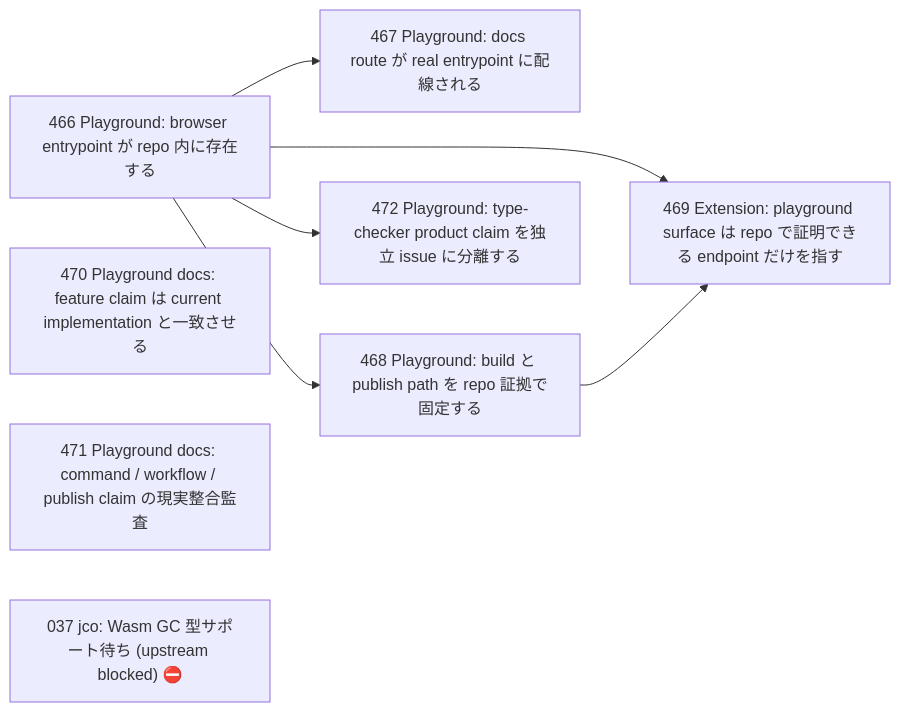
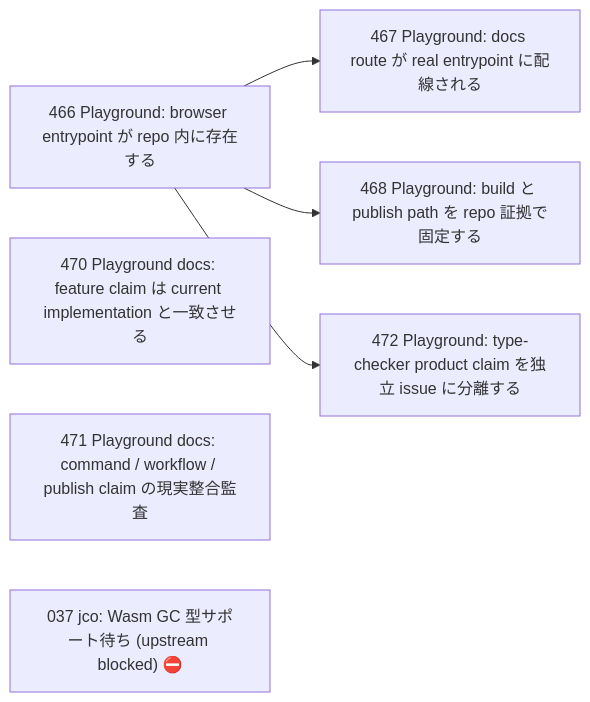
One commit to wogikaze/arukellt changed the diagram in issues/open/dependency-graph.md. Above: the diagram before and after it, drawn with Mermaid. The commit also changed other lines of this file and 2 other files, not shown here.

First line of the commit message:
orchestrator: close #469 — extension playground surface repo-proved

````diff
--- a/issues/open/dependency-graph.md
+++ b/issues/open/dependency-graph.md
@@ -7,16 +7,13 @@
 ```mermaid
 graph LR
   I466["466 Playground: browser entrypoint が repo 内に存在する"]
   I470["470 Playground docs: feature claim は current implementation と一致させる"]
   I471["471 Playground docs: command / workflow / publish claim の現実整合監査"]
   I467["467 Playground: docs route が real entrypoint に配線される"]
   I468["468 Playground: build と publish path を repo 証拠で固定する"]
   I472["472 Playground: type-checker product claim を独立 issue に分離する"]
-  I469["469 Extension: playground surface は repo で証明できる endpoint だけを指す"]
   I037["037 jco: Wasm GC 型サポート待ち (upstream blocked) ⛔"]
   I466 --> I467
   I466 --> I468
   I466 --> I472
-  I466 --> I469
-  I468 --> I469
 ```
````
